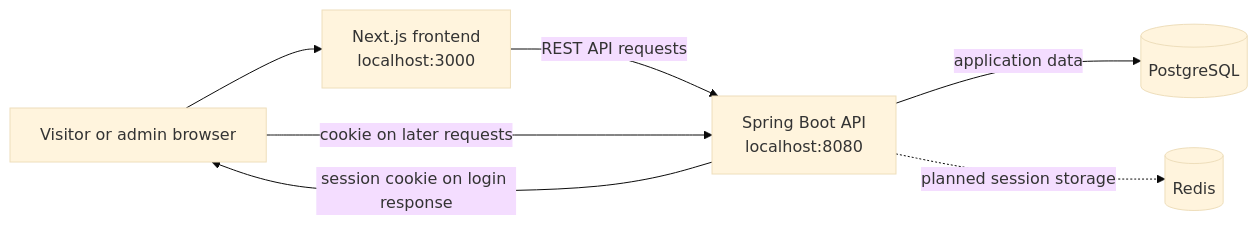
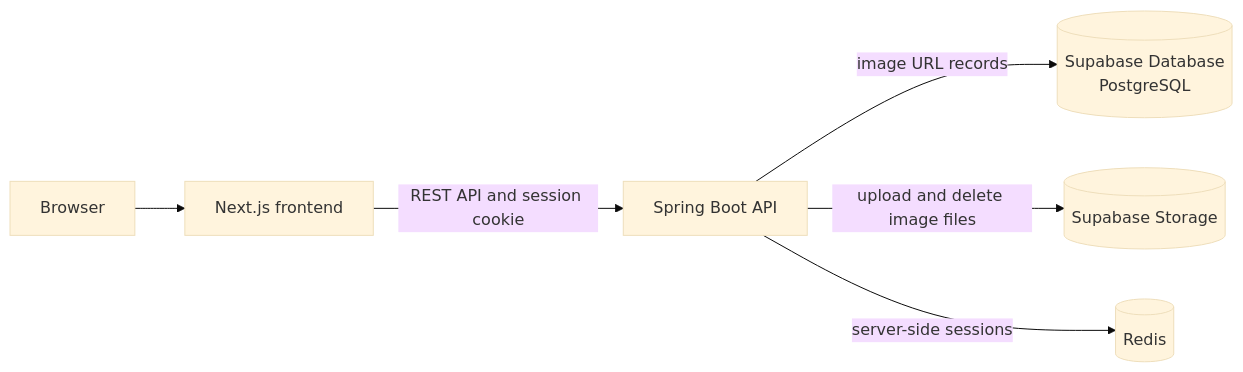
The diagram in README.md (haianh2504/Authentication-Cookie-Session), drawn with Mermaid (base theme) before and after one commit. The commit also changed other lines of this file and 2 other files, not shown here.

````diff
--- a/README.md
+++ b/README.md
@@ -43,9 +50,9 @@
 ```mermaid
 flowchart LR
-    V[Visitor or admin browser] --> FE[Next.js frontend\nlocalhost:3000]
-    FE -->|REST API requests| BE[Spring Boot API\nlocalhost:8080]
-    BE -->|application data| PG[(PostgreSQL)]
-    BE -. planned session storage .-> R[(Redis)]
-    BE -->|session cookie on login response| V
-    V -->|cookie on later requests| BE
+    B[Browser] --> FE[Next.js frontend]
+    FE -->|REST API and session cookie| BE[Spring Boot API]
+    BE -->|image URL records| DB[(Supabase Database
+PostgreSQL)]
+    BE -->|upload and delete image files| ST[(Supabase Storage)]
+    BE -->|server-side sessions| R[(Redis)]
 ```
````
